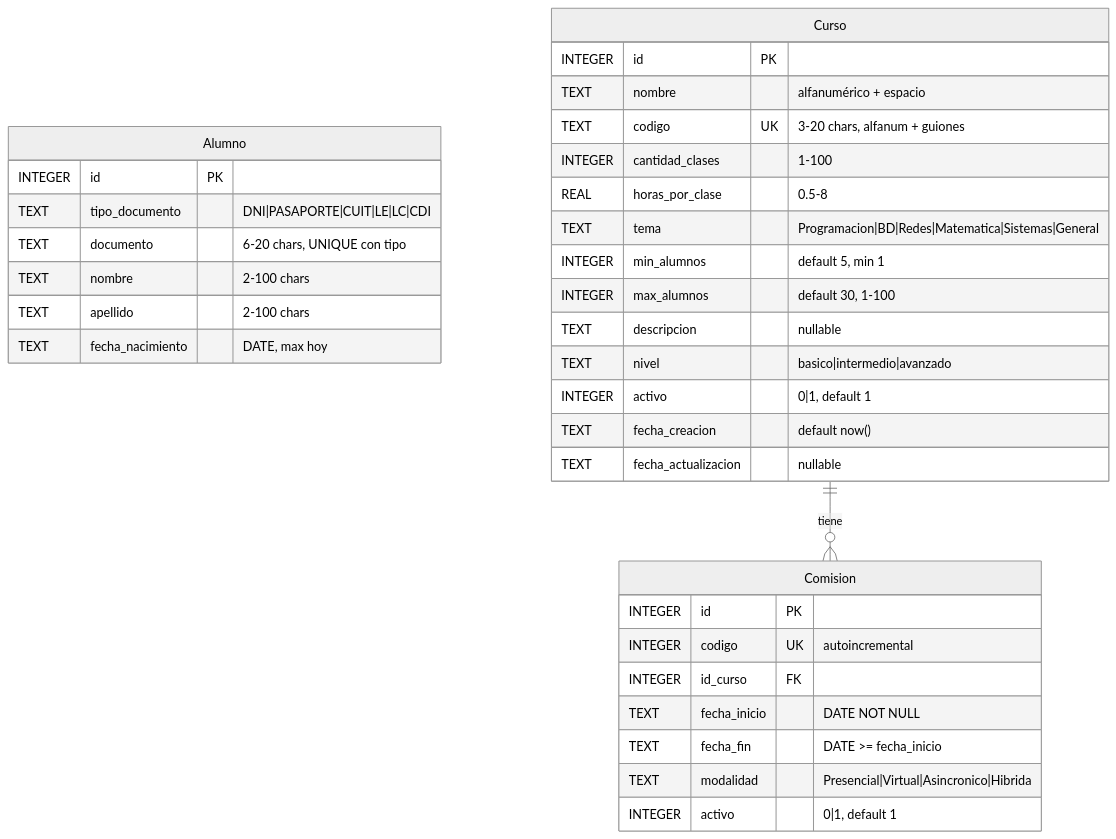
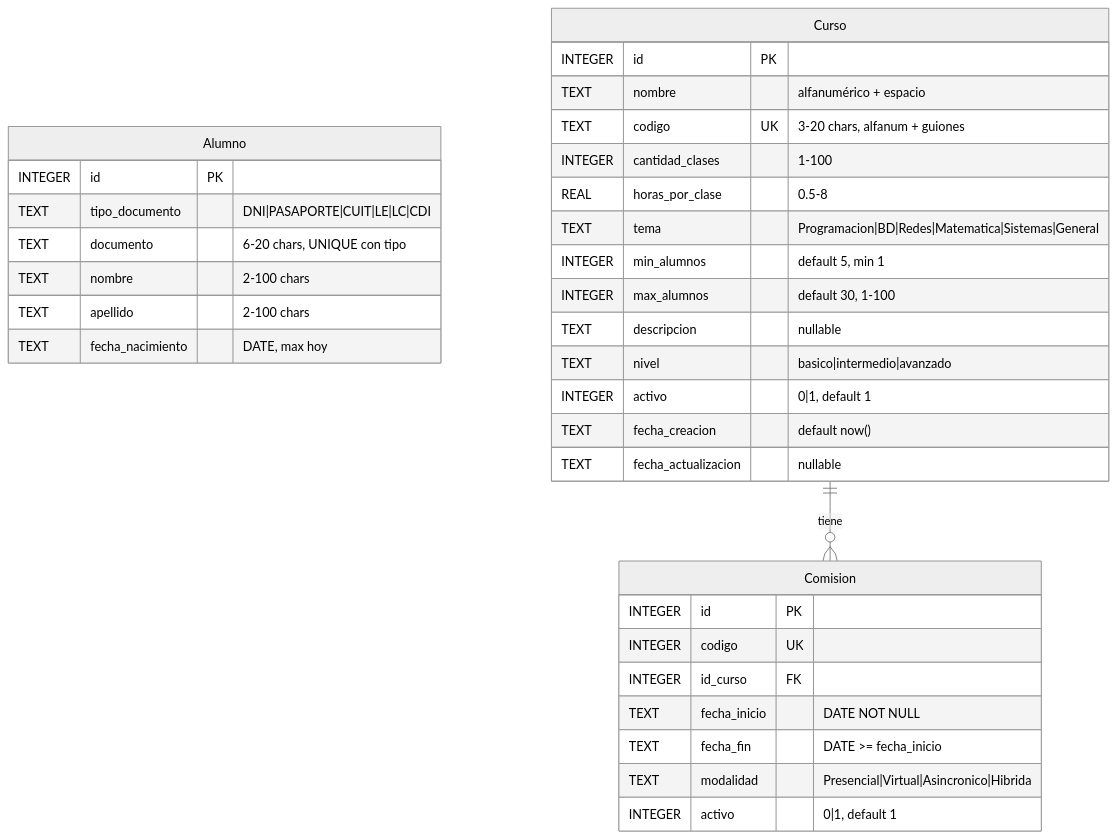
One commit to estebancalabria/fullstack-ai-dev changed the second of 2 diagrams in clases/clase-dicecisiete/Readme.md. Above: the diagram before and after it, drawn with Mermaid (neutral theme).

````diff
--- a/clases/clase-dicecisiete/Readme.md
+++ b/clases/clase-dicecisiete/Readme.md
@@ -251,36 +251,36 @@
 ```mermaid
 erDiagram
   Alumno {
     INTEGER id PK
     TEXT tipo_documento "DNI|PASAPORTE|CUIT|LE|LC|CDI"
     TEXT documento "6-20 chars, UNIQUE con tipo"
     TEXT nombre "2-100 chars"
     TEXT apellido "2-100 chars"
     TEXT fecha_nacimiento "DATE, max hoy"
   }
   Curso {
     INTEGER id PK
     TEXT nombre "alfanumérico + espacio"
     TEXT codigo UK "3-20 chars, alfanum + guiones"
     INTEGER cantidad_clases "1-100"
     REAL horas_por_clase "0.5-8"
     TEXT tema "Programacion|BD|Redes|Matematica|Sistemas|General"
     INTEGER min_alumnos "default 5, min 1"
     INTEGER max_alumnos "default 30, 1-100"
     TEXT descripcion "nullable"
     TEXT nivel "basico|intermedio|avanzado"
     INTEGER activo "0|1, default 1"
     TEXT fecha_creacion "default now()"
     TEXT fecha_actualizacion "nullable"
   }
   Comision {
     INTEGER id PK
-    INTEGER codigo UK "autoincremental"
+    INTEGER codigo UK 
     INTEGER id_curso FK
     TEXT fecha_inicio "DATE NOT NULL"
     TEXT fecha_fin "DATE >= fecha_inicio"
     TEXT modalidad "Presencial|Virtual|Asincronico|Hibrida"
     INTEGER activo "0|1, default 1"
   }
   Curso ||--o{ Comision : "tiene"
 ```
````
